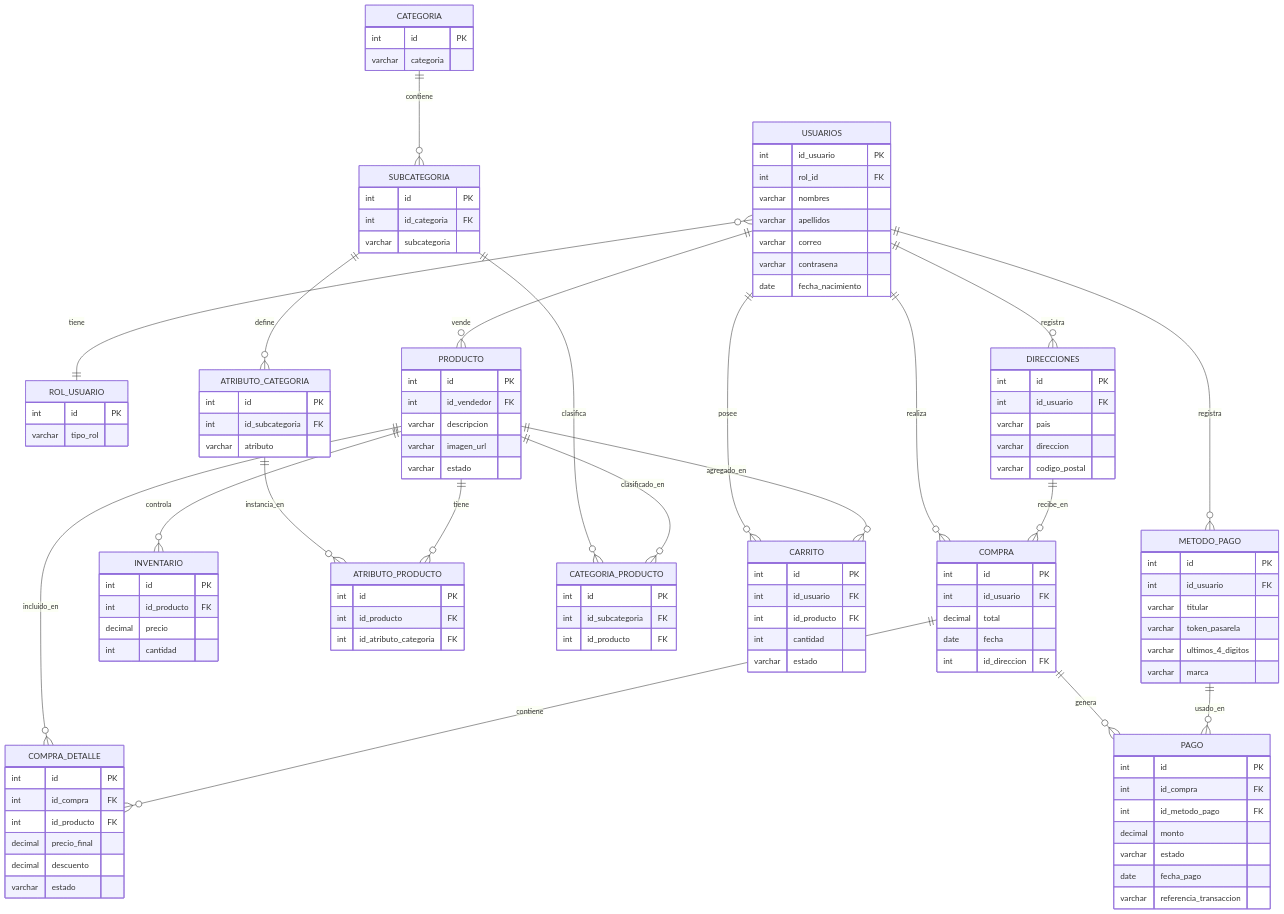
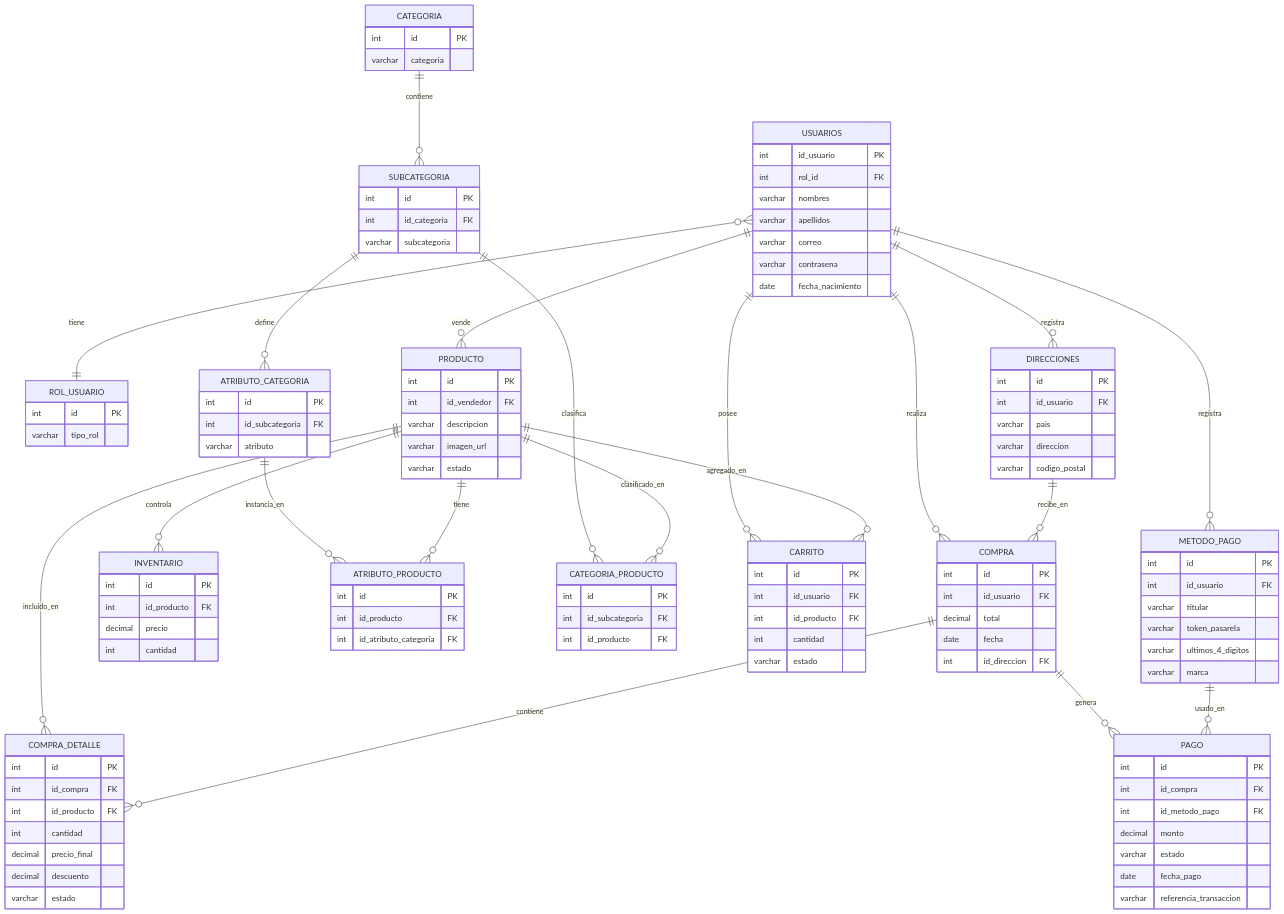
One commit to VidStal12/Base_de_Datos_2_P changed the diagram in IA/ERD.md. Above: the diagram before and after it, drawn with Mermaid. The commit also changed other lines of this file and 49 other files, not shown here.

```diff
--- a/IA/ERD.md
+++ b/IA/ERD.md
@@ -130,6 +130,7 @@
         int id PK
         int id_compra FK
         int id_producto FK
+        int cantidad
         decimal precio_final
         decimal descuento
         varchar estado
```
